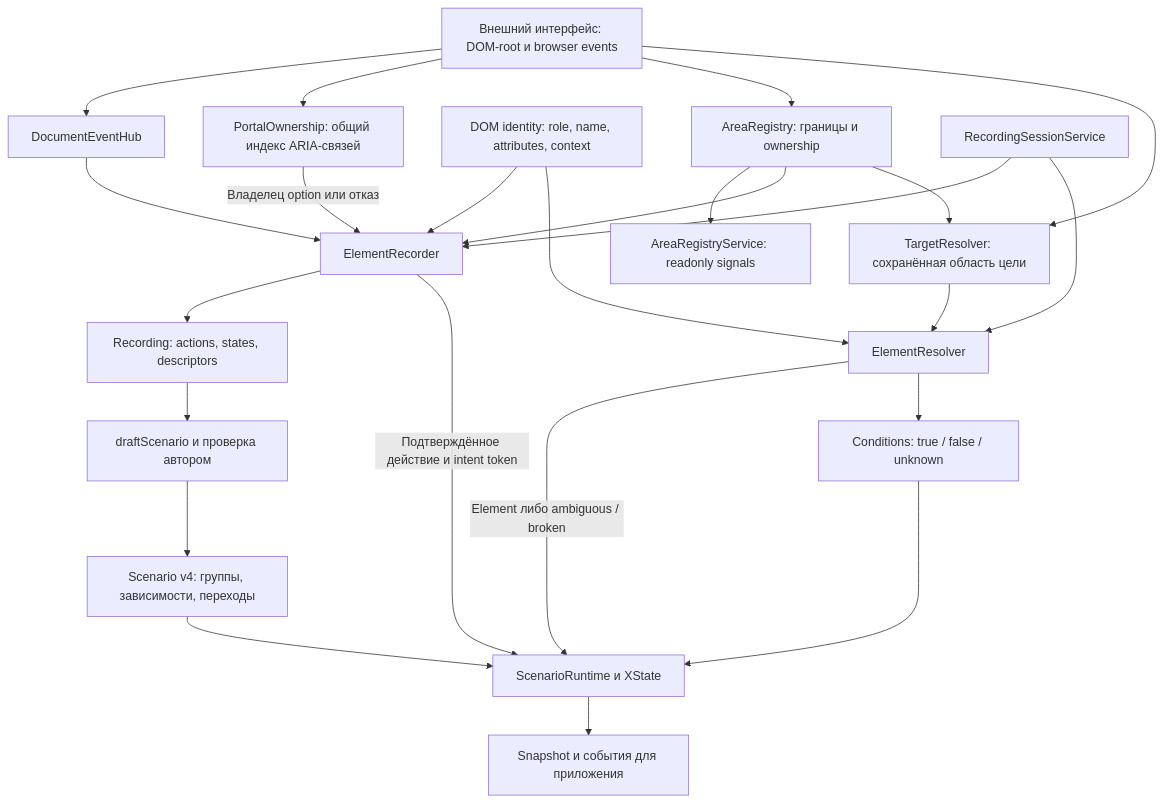
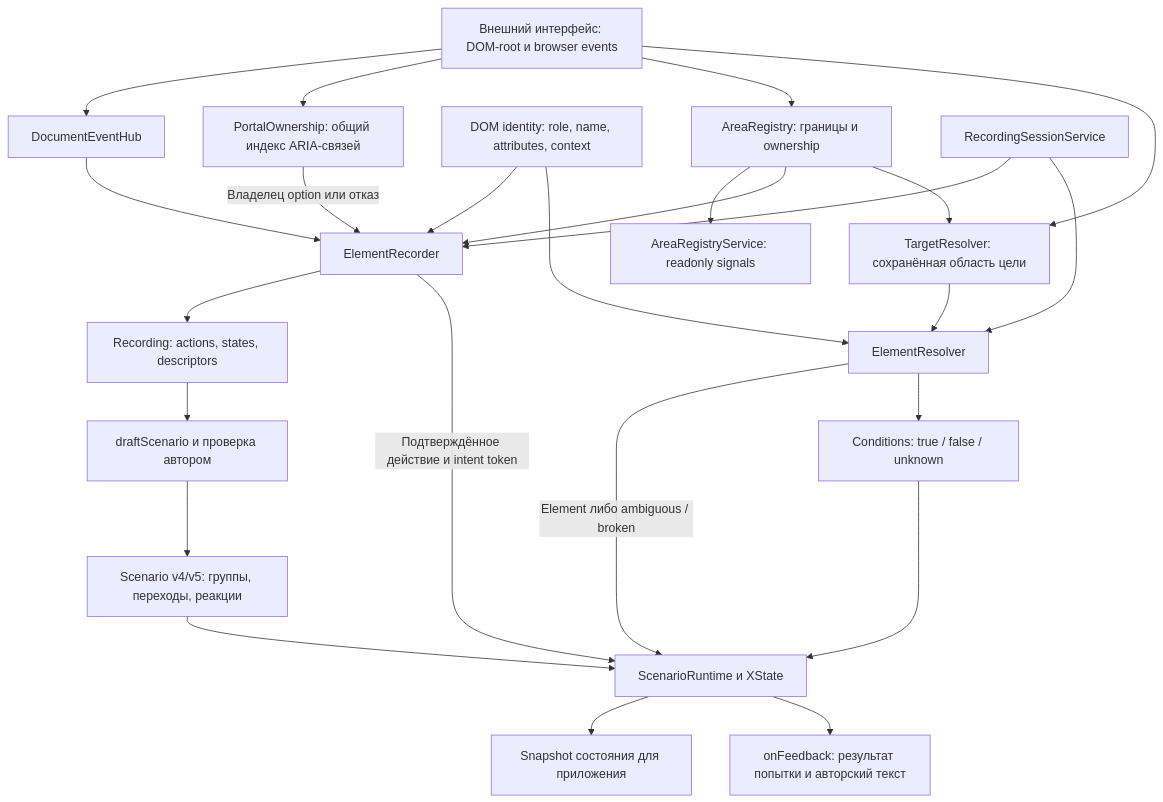
One commit to a1rat91/training-observer changed the diagram in ARCHITECTURE.md. Above: the diagram before and after it, drawn with Mermaid. The commit also changed other lines of this file and 28 other files, not shown here.

````diff
--- a/ARCHITECTURE.md
+++ b/ARCHITECTURE.md
@@ -125,26 +143,27 @@
 ```mermaid
 flowchart TD
     Host[Внешний интерфейс: DOM-root и browser events] --> Hub[DocumentEventHub]
     Hub --> Recorder[ElementRecorder]
     Host --> Portals[PortalOwnership: общий индекс ARIA-связей]
     Portals -->|Владелец option или отказ| Recorder
     Identity[DOM identity: role, name, attributes, context] --> Recorder
     Recorder --> Recording[Recording: actions, states, descriptors]
     Recording --> Authoring[draftScenario и проверка автором]
-    Authoring --> Scenario[Scenario v4: группы, зависимости, переходы]
+    Authoring --> Scenario[Scenario v4/v5: группы, переходы, реакции]
     Scenario --> Runtime[ScenarioRuntime и XState]
     Recorder -->|Подтверждённое действие и intent token| Runtime
     Host --> Registry[AreaRegistry: границы и ownership]
     Registry --> Facade[AreaRegistryService: readonly signals]
     Registry --> Recorder
     Session[RecordingSessionService] --> Recorder
     Session --> Resolver
     Registry --> Targets[TargetResolver: сохранённая область цели]
     Targets --> Resolver[ElementResolver]
     Host --> Targets
     Identity --> Resolver
     Resolver -->|Element либо ambiguous / broken| Runtime
     Resolver --> Conditions[Conditions: true / false / unknown]
     Conditions --> Runtime
-    Runtime --> Snapshot[Snapshot и события для приложения]
+    Runtime --> Snapshot[Snapshot состояния для приложения]
+    Runtime --> Feedback[onFeedback: результат попытки и авторский текст]
 ```
````
